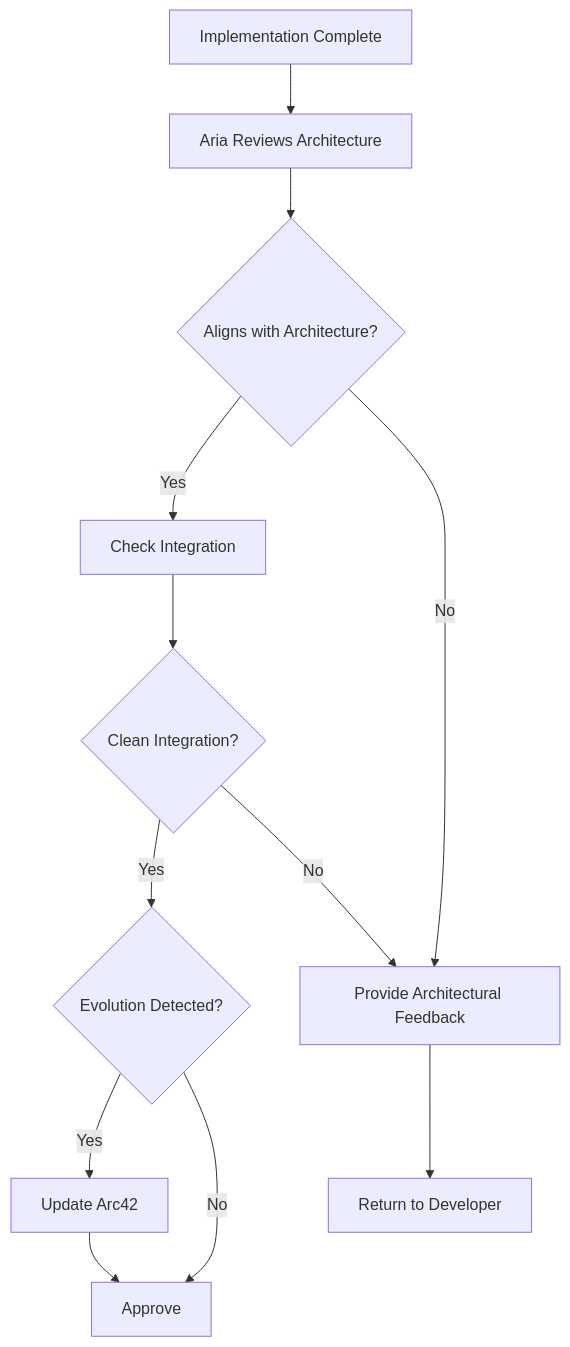
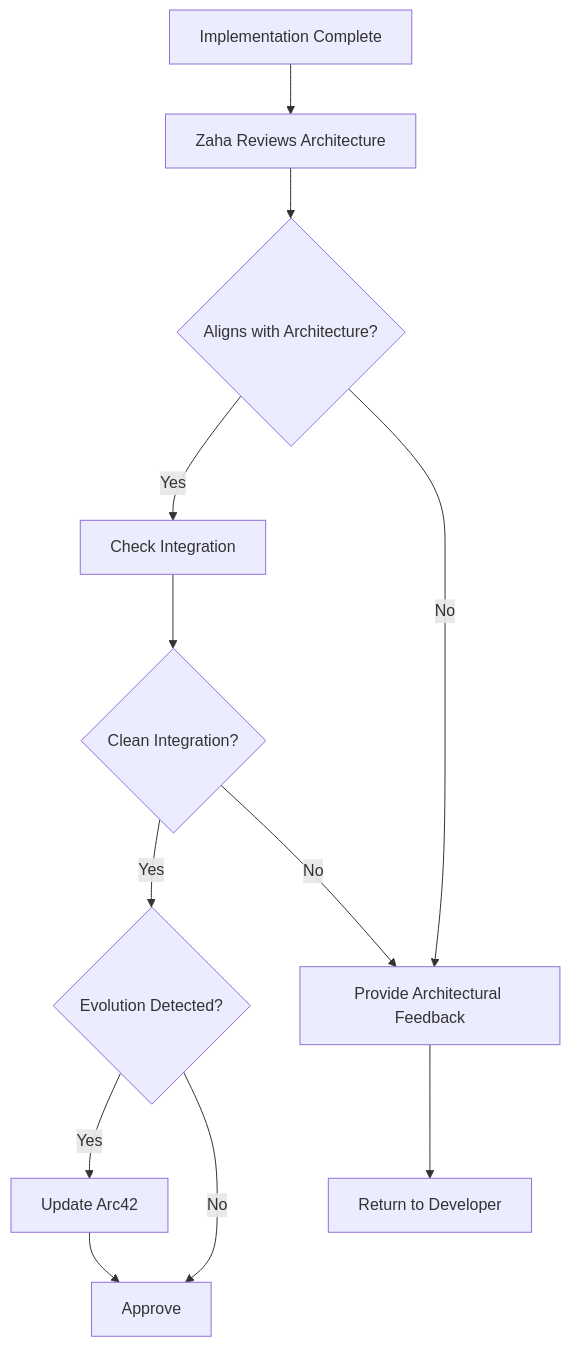
The diagram in new_team/commands/architect.md (dosht/claude-team), drawn with Mermaid before and after one commit. The commit also changed other lines of this file and 6 other files, not shown here.

````diff
--- a/new_team/commands/architect.md
+++ b/new_team/commands/architect.md
@@ -179,14 +179,14 @@
 ```mermaid
 graph TB
-  A[Implementation Complete] --> B[Aria Reviews Architecture]
+  A[Implementation Complete] --> B[Zaha Reviews Architecture]
   B --> C{Aligns with Architecture?}
   C -->|Yes| D[Check Integration]
   C -->|No| E[Provide Architectural Feedback]
   D --> F{Clean Integration?}
   F -->|Yes| G{Evolution Detected?}
   F -->|No| E
   G -->|Yes| H[Update Arc42]
   G -->|No| I[Approve]
   H --> I
   E --> J[Return to Developer]
 ```
````
